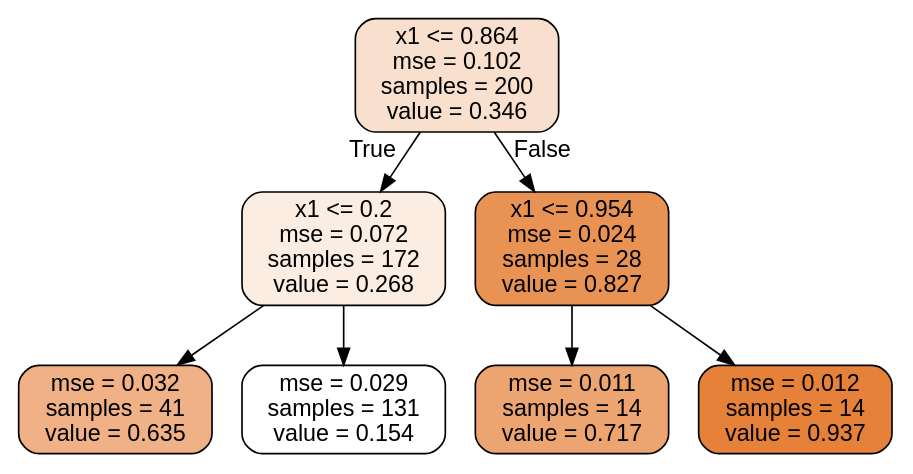
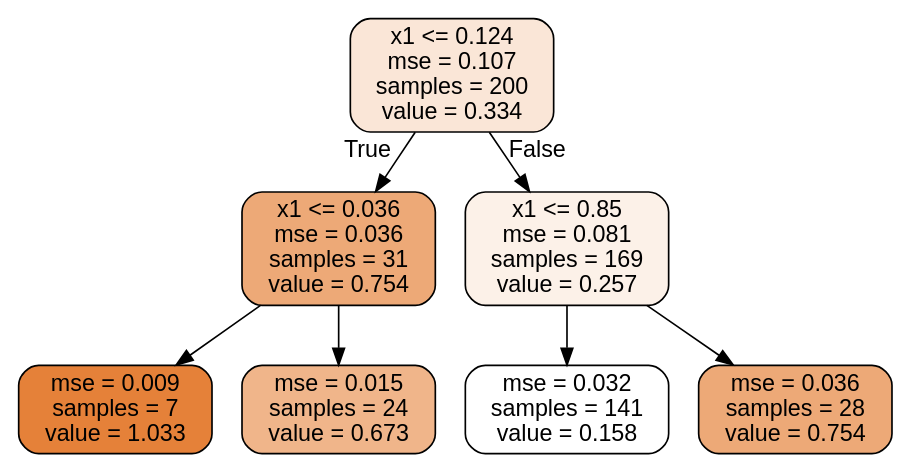
The diagram in images/regression_tree.dot (fosshie/MachineLearning), drawn with Graphviz before and after one commit. The commit also changed 18 other files, not shown here.

```diff
--- a/images/regression_tree.dot
+++ b/images/regression_tree.dot
@@ -1,17 +1,17 @@
 digraph Tree {
 node [shape=box, style="filled, rounded", color="black", fontname=helvetica] ;
 edge [fontname=helvetica] ;
-0 [label="x1 <= 0.864\nmse = 0.102\nsamples = 200\nvalue = 0.346", fillcolor="#e581393f"] ;
-1 [label="x1 <= 0.2\nmse = 0.072\nsamples = 172\nvalue = 0.268", fillcolor="#e5813925"] ;
+0 [label="x1 <= 0.124\nmse = 0.107\nsamples = 200\nvalue = 0.334", fillcolor="#e5813933"] ;
+1 [label="x1 <= 0.036\nmse = 0.036\nsamples = 31\nvalue = 0.754", fillcolor="#e58139ae"] ;
 0 -> 1 [labeldistance=2.5, labelangle=45, headlabel="True"] ;
-2 [label="mse = 0.032\nsamples = 41\nvalue = 0.635", fillcolor="#e581399d"] ;
+2 [label="mse = 0.009\nsamples = 7\nvalue = 1.033", fillcolor="#e58139ff"] ;
 1 -> 2 ;
-3 [label="mse = 0.029\nsamples = 131\nvalue = 0.154", fillcolor="#e5813900"] ;
+3 [label="mse = 0.015\nsamples = 24\nvalue = 0.673", fillcolor="#e5813996"] ;
 1 -> 3 ;
-4 [label="x1 <= 0.954\nmse = 0.024\nsamples = 28\nvalue = 0.827", fillcolor="#e58139db"] ;
+4 [label="x1 <= 0.85\nmse = 0.081\nsamples = 169\nvalue = 0.257", fillcolor="#e581391d"] ;
 0 -> 4 [labeldistance=2.5, labelangle=-45, headlabel="False"] ;
-5 [label="mse = 0.011\nsamples = 14\nvalue = 0.717", fillcolor="#e58139b7"] ;
+5 [label="mse = 0.032\nsamples = 141\nvalue = 0.158", fillcolor="#e5813900"] ;
 4 -> 5 ;
-6 [label="mse = 0.012\nsamples = 14\nvalue = 0.937", fillcolor="#e58139ff"] ;
+6 [label="mse = 0.036\nsamples = 28\nvalue = 0.754", fillcolor="#e58139ae"] ;
 4 -> 6 ;
 }
```
